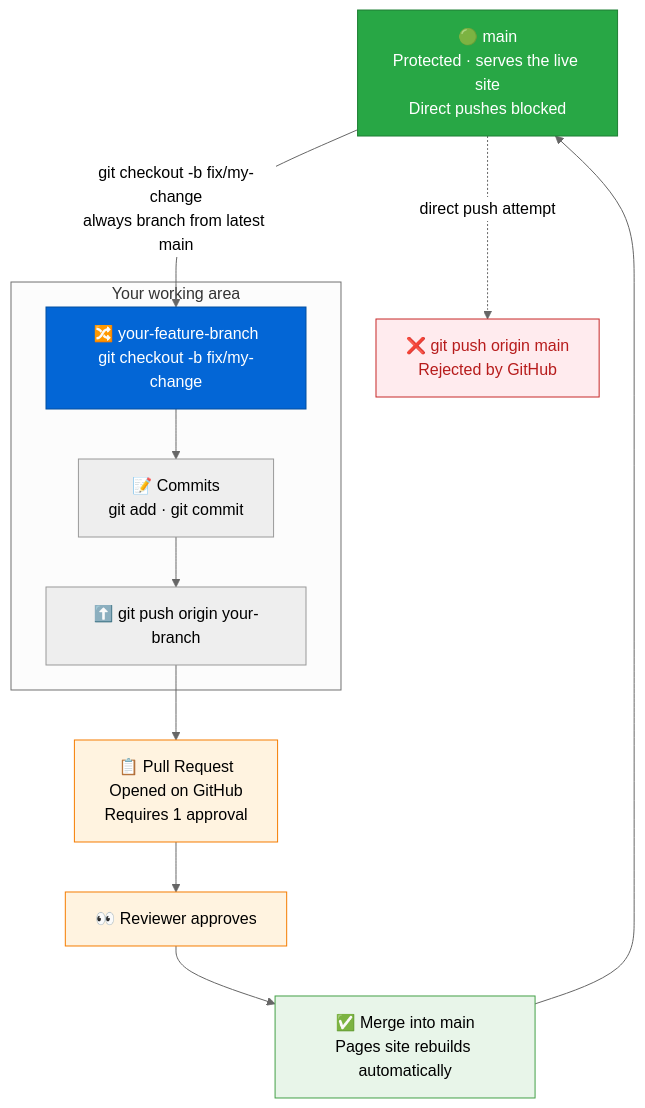
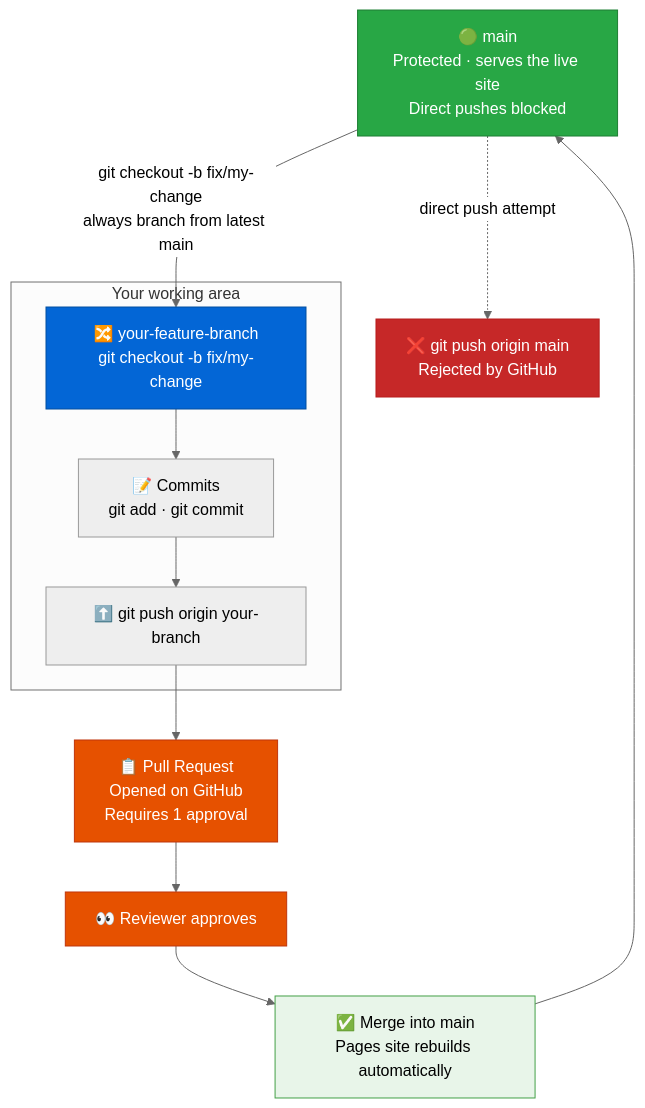
Before and after one commit to funfairlabs-incubator/cuddly-google: the fifth of 6 diagrams in CONSUMER_GUIDE.md, drawn with Mermaid (neutral theme). The commit also changed other lines of this file and 1 other file, not shown here.

```diff
--- a/CONSUMER_GUIDE.md
+++ b/CONSUMER_GUIDE.md
@@ -1349,27 +1380,27 @@
 <div class="mermaid">
 flowchart TD
     MAIN["🟢 main\nProtected · serves the live site\nDirect pushes blocked"]
 
     subgraph WORK["Your working area"]
         BRANCH["🔀 your-feature-branch\ngit checkout -b fix/my-change"]
         COMMITS["📝 Commits\ngit add · git commit"]
         PUSH["⬆️ git push origin your-branch"]
     end
 
     PR["📋 Pull Request\nOpened on GitHub\nRequires 1 approval"]
     REVIEW["👀 Reviewer approves"]
     MERGE["✅ Merge into main\nPages site rebuilds automatically"]
 
     MAIN -->|"git checkout -b fix/my-change\nalways branch from latest main"| BRANCH
     BRANCH --> COMMITS --> PUSH --> PR --> REVIEW --> MERGE --> MAIN
 
     DIRECT["❌ git push origin main\nRejected by GitHub"]
     MAIN -.->|"direct push attempt"| DIRECT
 
     style MAIN fill:#28a745,color:#fff,stroke:#1e7e34
     style BRANCH fill:#0366d6,color:#fff,stroke:#024fa0
-    style DIRECT fill:#ffebee,stroke:#c62828,color:#b71c1c
-    style PR fill:#fff3e0,stroke:#f57c00
-    style REVIEW fill:#fff3e0,stroke:#f57c00
+    style DIRECT fill:#c62828,stroke:#b71c1c,color:#fff
+    style PR fill:#e65100,stroke:#bf360c,color:#fff
+    style REVIEW fill:#e65100,stroke:#bf360c,color:#fff
     style MERGE fill:#e8f5e9,stroke:#43a047
 </div>
```
